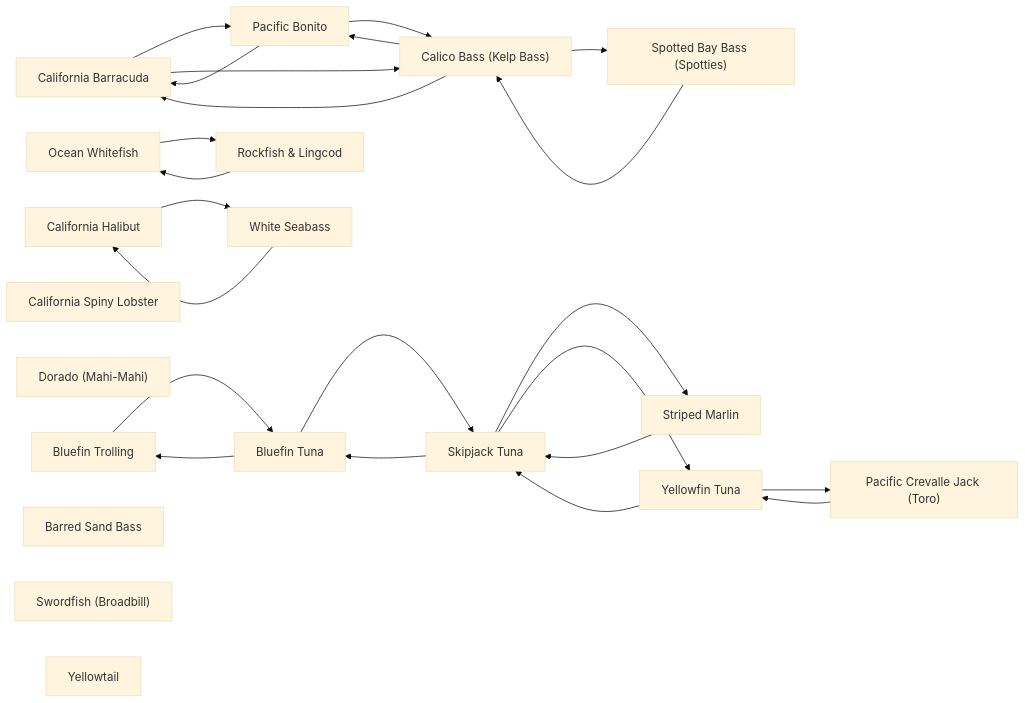
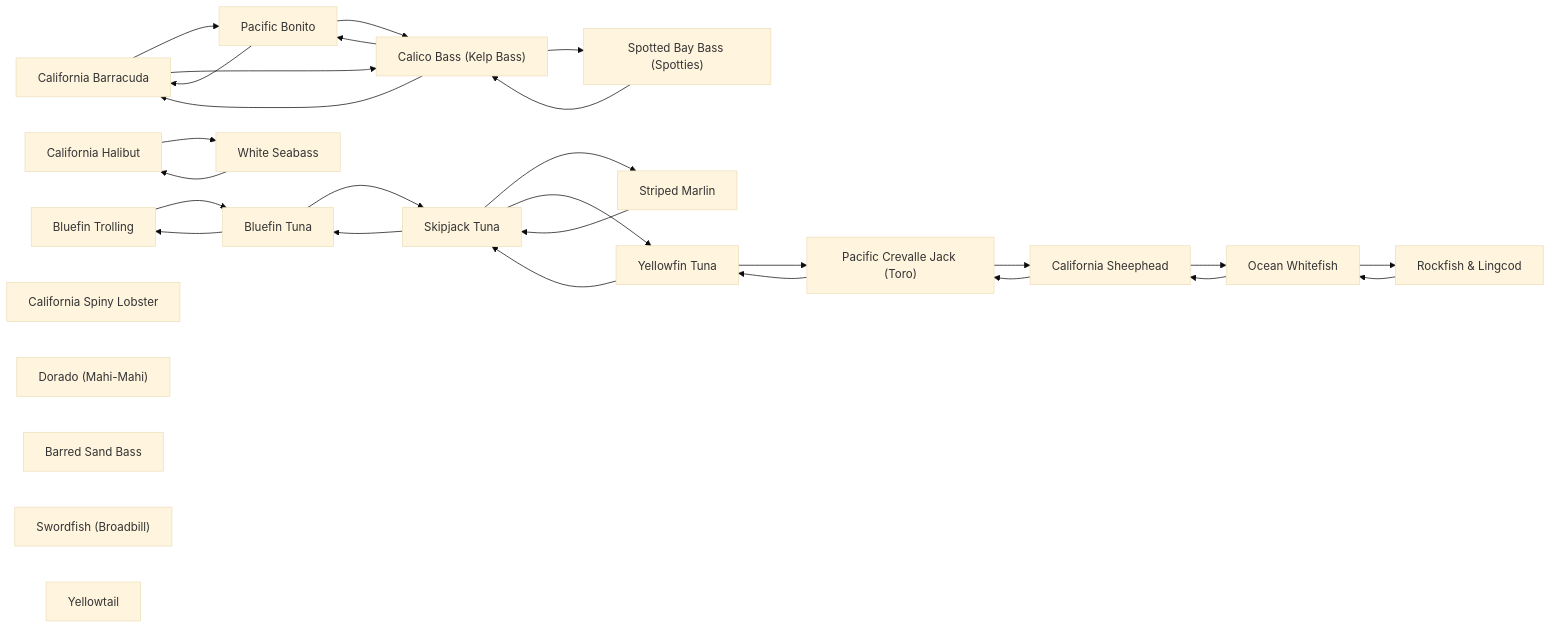
Before and after one commit to camchuckpete-max/Socal-Fishing-Knowledge: the diagram in species/README.md, drawn with Mermaid (base theme). The commit also changed other lines of this file and 12 other files, not shown here.

````diff
--- a/species/README.md
+++ b/species/README.md
@@ -32,44 +33,49 @@
 ```mermaid
 graph LR
   n0["California Barracuda"]
   n1["Bluefin Trolling"]
   n2["Bluefin Tuna"]
   n3["Pacific Bonito"]
   n4["Calico Bass (Kelp Bass)"]
   n5["California Halibut"]
   n6["California Spiny Lobster"]
   n7["Dorado (Mahi-Mahi)"]
   n8["Ocean Whitefish"]
   n9["Pacific Crevalle Jack (Toro)"]
   n10["Rockfish & Lingcod"]
   n11["Barred Sand Bass"]
-  n12["Skipjack Tuna"]
-  n13["Spotted Bay Bass (Spotties)"]
-  n14["Striped Marlin"]
-  n15["Swordfish (Broadbill)"]
-  n16["White Seabass"]
-  n17["Yellowfin Tuna"]
-  n18["Yellowtail"]
+  n12["California Sheephead"]
+  n13["Skipjack Tuna"]
+  n14["Spotted Bay Bass (Spotties)"]
+  n15["Striped Marlin"]
+  n16["Swordfish (Broadbill)"]
+  n17["White Seabass"]
+  n18["Yellowfin Tuna"]
+  n19["Yellowtail"]
   n0 --> n3
   n0 --> n4
   n1 --> n2
   n10 --> n8
-  n12 --> n14
-  n12 --> n17
-  n12 --> n2
-  n13 --> n4
-  n14 --> n12
-  n16 --> n5
-  n17 --> n12
-  n17 --> n9
+  n12 --> n8
+  n12 --> n9
+  n13 --> n15
+  n13 --> n18
+  n13 --> n2
+  n14 --> n4
+  n15 --> n13
+  n17 --> n5
+  n18 --> n13
+  n18 --> n9
   n2 --> n1
-  n2 --> n12
+  n2 --> n13
   n3 --> n0
   n3 --> n4
   n4 --> n0
-  n4 --> n13
+  n4 --> n14
   n4 --> n3
-  n5 --> n16
+  n5 --> n17
   n8 --> n10
-  n9 --> n17
+  n8 --> n12
+  n9 --> n12
+  n9 --> n18
 ```
````
